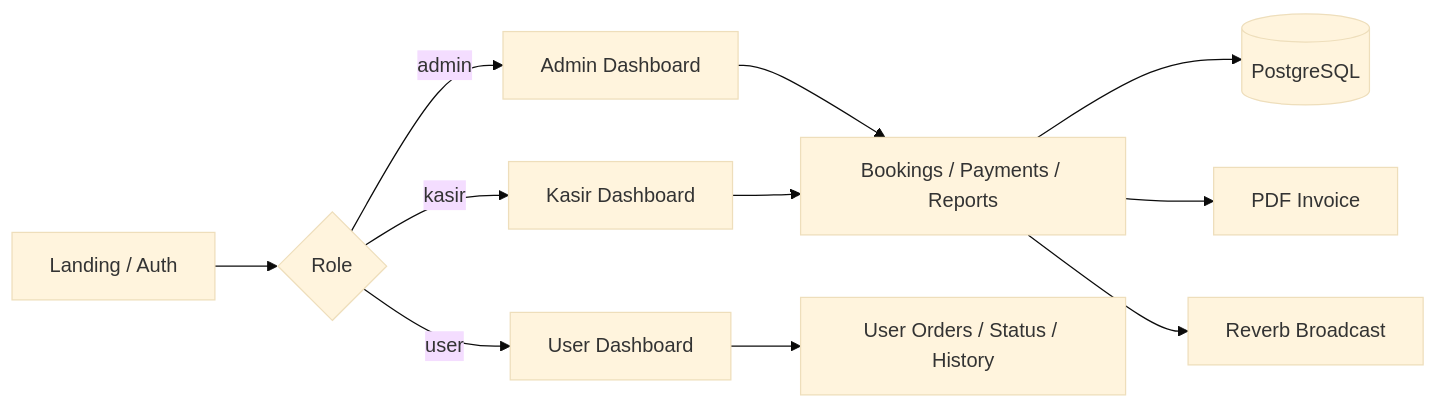
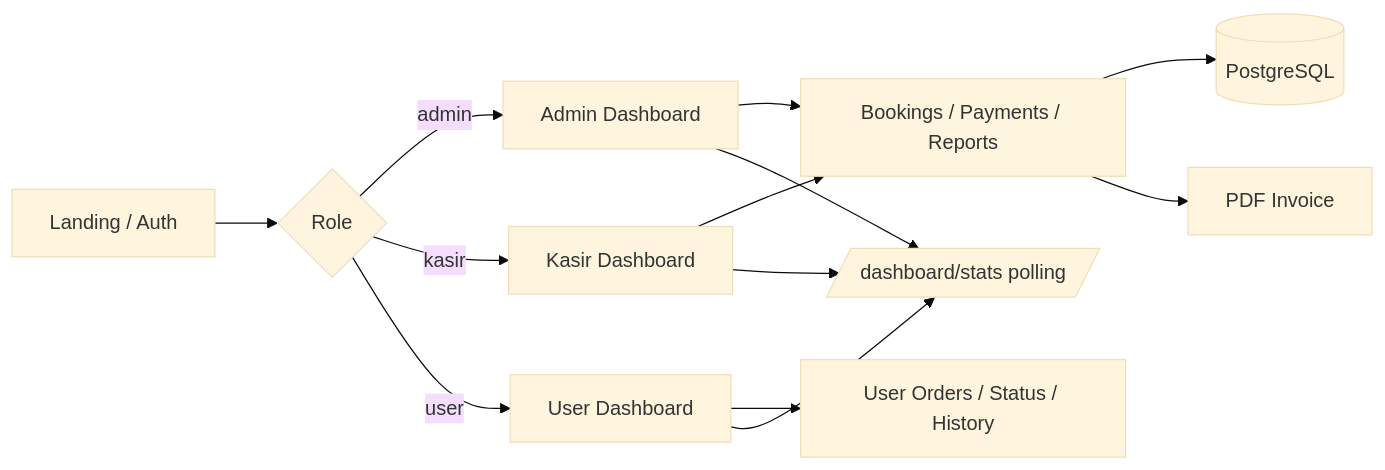
Before and after one commit to andi-nugroho/laundry-laravel: the diagram in README.md, drawn with Mermaid (base theme). The commit also changed other lines of this file and 28 other files, not shown here.

First line of the commit message:
refactor: remove Reverb integration and switch to polling for dashboard updates

````diff
--- a/README.md
+++ b/README.md
@@ -169,13 +154,15 @@
 ```mermaid
 flowchart LR
     A[Landing / Auth] --> B{Role}
     B -->|admin| C[Admin Dashboard]
     B -->|kasir| D[Kasir Dashboard]
     B -->|user| E[User Dashboard]
     C --> F[Bookings / Payments / Reports]
     D --> F
     E --> G[User Orders / Status / History]
     F --> H[(PostgreSQL)]
     F --> I[PDF Invoice]
-    F --> J[Reverb Broadcast]
+    C --> J[/dashboard/stats polling/]
+    D --> J
+    E --> J
 ```
````
